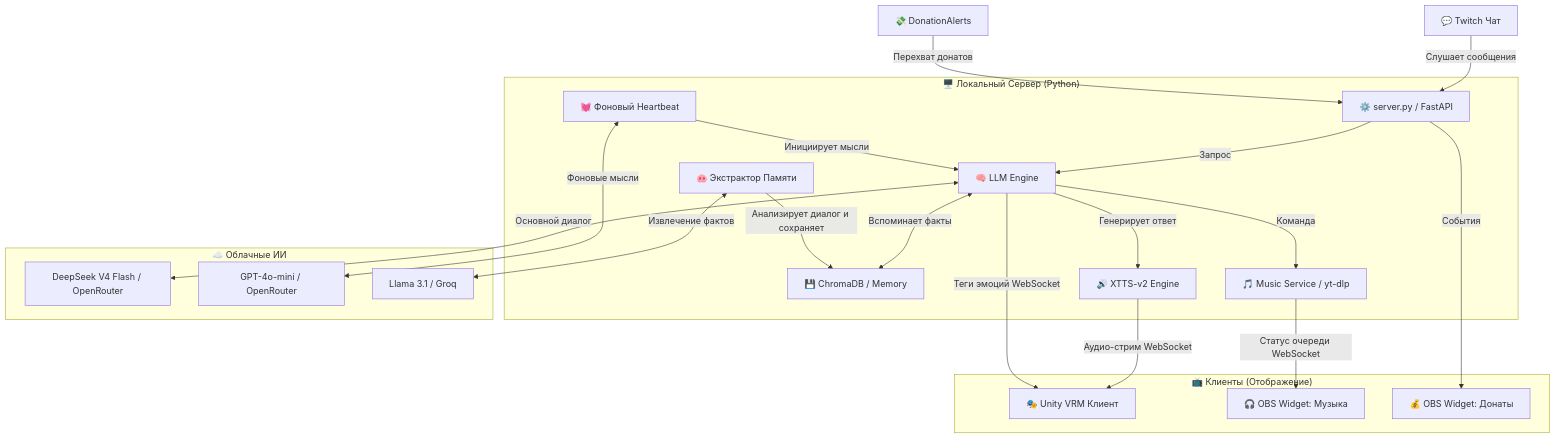
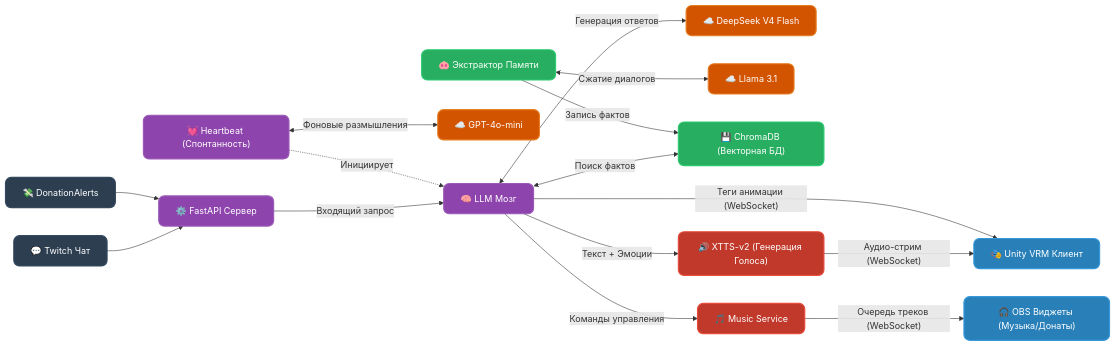
The diagram in README.md (Khalwaia/NeuroMango), drawn with Mermaid before and after one commit.

Commit message:
docs: improve mermaid diagram to LR pipeline with colors

````diff
--- a/README.md
+++ b/README.md
@@ -11,45 +11,55 @@
 ```mermaid
-graph TD
-    %% Внешние источники
-    Twitch["💬 Twitch Чат"] -->|"Слушает сообщения"| Server
-    DA["💸 DonationAlerts"] -->|"Перехват донатов"| Server
+graph LR
+    %% Стили для красивого отображения
+    classDef input fill:#2c3e50,stroke:#34495e,stroke-width:2px,color:#fff,rx:10,ry:10;
+    classDef core fill:#8e44ad,stroke:#9b59b6,stroke-width:2px,color:#fff,rx:10,ry:10;
+    classDef cloud fill:#d35400,stroke:#e67e22,stroke-width:2px,color:#fff,rx:10,ry:10;
+    classDef memory fill:#27ae60,stroke:#2ecc71,stroke-width:2px,color:#fff,rx:10,ry:10;
+    classDef media fill:#c0392b,stroke:#e74c3c,stroke-width:2px,color:#fff,rx:10,ry:10;
+    classDef output fill:#2980b9,stroke:#3498db,stroke-width:2px,color:#fff,rx:10,ry:10;
+
+    %% Узлы
+    Twitch["💬 Twitch Чат"]:::input
+    DA["💸 DonationAlerts"]:::input
+
+    Server["⚙️ FastAPI Сервер"]:::core
+    Brain["🧠 LLM Мозг"]:::core
+    Heartbeat["💓 Heartbeat (Спонтанность)"]:::core
     
-    subgraph Backend ["🖥️ Локальный Сервер (Python)"]
-        Server["⚙️ server.py / FastAPI"]
-        Brain["🧠 LLM Engine"]
-        Memory["💾 ChromaDB / Memory"]
-        Heartbeat["💓 Фоновый Heartbeat"]
-        TTS["🔊 XTTS-v2 Engine"]
-        Music["🎵 Music Service / yt-dlp"]
-        Svinopas["🐽 Экстрактор Памяти"]
-        
-        Server -->|"Запрос"| Brain
-        Brain <-->|"Вспоминает факты"| Memory
-        Brain -->|"Генерирует ответ"| TTS
-        Brain -->|"Команда"| Music
-        
-        Heartbeat -->|"Инициирует мысли"| Brain
-        Svinopas -->|"Анализирует диалог и сохраняет"| Memory
-    end
+    DeepSeek["☁️ DeepSeek V4 Flash"]:::cloud
+    GPT4["☁️ GPT-4o-mini"]:::cloud
+    Llama3["☁️ Llama 3.1"]:::cloud
 
-    subgraph External_APIs ["☁️ Облачные ИИ"]
-        DeepSeek["DeepSeek V4 Flash / OpenRouter"]
-        GPT4o["GPT-4o-mini / OpenRouter"]
-        Llama3["Llama 3.1 / Groq"]
-        
-        Brain <-->|"Основной диалог"| DeepSeek
-        Heartbeat <-->|"Фоновые мысли"| GPT4o
-        Svinopas <-->|"Извлечение фактов"| Llama3
-    end
+    Svinopas["🐽 Экстрактор Памяти"]:::memory
+    Chroma["💾 ChromaDB (Векторная БД)"]:::memory
 
-    subgraph Frontend ["📺 Клиенты (Отображение)"]
-        Unity["🎭 Unity VRM Клиент"]
-        OBS_Music["🎧 OBS Widget: Музыка"]
-        OBS_DA["💰 OBS Widget: Донаты"]
-        
-        TTS -->|"Аудио-стрим WebSocket"| Unity
-        Brain -->|"Теги эмоций WebSocket"| Unity
-        Music -->|"Статус очереди WebSocket"| OBS_Music
-        Server -->|"События"| OBS_DA
-    end
+    TTS["🔊 XTTS-v2 (Генерация Голоса)"]:::media
+    Music["🎵 Music Service"]:::media
+
+    Unity["🎭 Unity VRM Клиент"]:::output
+    OBS["🎧 OBS Виджеты (Музыка/Донаты)"]:::output
+
+    %% Поток данных (Слева направо)
+    Twitch --> Server
+    DA --> Server
+    Server -->|"Входящий запрос"| Brain
+    
+    %% Связи с Облаком
+    Brain <-->|"Генерация ответов"| DeepSeek
+    Heartbeat <-->|"Фоновые размышления"| GPT4
+    Svinopas <-->|"Сжатие диалогов"| Llama3
+
+    %% Внутренняя логика
+    Heartbeat -.->|"Инициирует"| Brain
+    Brain <-->|"Поиск фактов"| Chroma
+    Svinopas -->|"Запись фактов"| Chroma
+    
+    %% Выходные данные
+    Brain -->|"Текст + Эмоции"| TTS
+    Brain -->|"Команды управления"| Music
+    
+    %% Клиенты
+    TTS -->|"Аудио-стрим (WebSocket)"| Unity
+    Brain -->|"Теги анимации (WebSocket)"| Unity
+    Music -->|"Очередь треков (WebSocket)"| OBS
 ```
````
